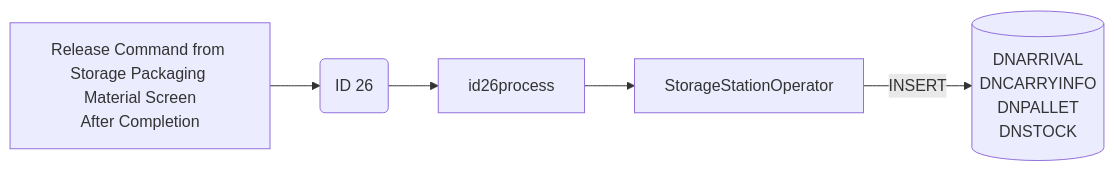
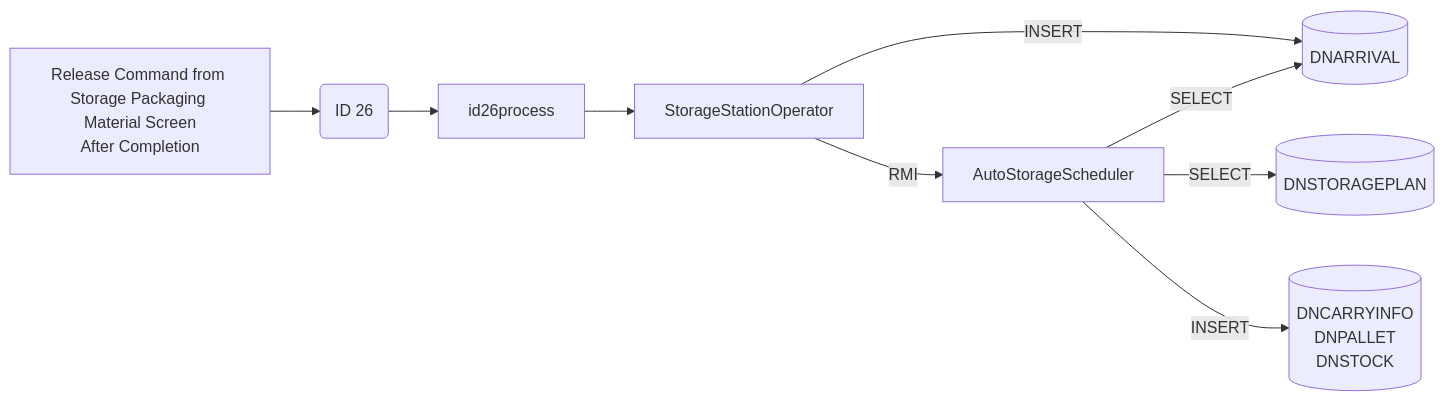
One commit to luthfiadityaa/SimeDarby-Wiki changed the third of 11 diagrams in Basic-Design/DFD-WMS/Storage/Planned-Storage-Packaging-Material.md. Above: the diagram before and after it, drawn with Mermaid.

Commit message:
Updated Planned Storage Packaging Material

```diff
--- a/Basic-Design/DFD-WMS/Storage/Planned-Storage-Packaging-Material.md
+++ b/Basic-Design/DFD-WMS/Storage/Planned-Storage-Packaging-Material.md
@@ -189,24 +189,35 @@
 ::: mermaid
 flowchart LR
 
 releaseCommand["
 Release Command from Storage Packaging Material Screen
 After Completion 
 "]
 
 id26msg("
 ID 26
 ")
 
 id26-insert[("
 DNARRIVAL
+")]
+
+carry-insert[("
 DNCARRYINFO
 DNPALLET
 DNSTOCK
 ")]
 
-StorageStationOperator[StorageStationOperator]
+plan-select[("
+DNSTORAGEPLAN
+")]
 
-releaseCommand-->id26msg-->id26process-->StorageStationOperator
-StorageStationOperator--> |INSERT| id26-insert
+operator[StorageStationOperator]
+scheduler[AutoStorageScheduler]
+
+releaseCommand-->id26msg-->id26process-->operator--RMI-->scheduler
+operator--> |INSERT| id26-insert
+scheduler--> |SELECT| id26-insert
+scheduler--> |SELECT| plan-select
+scheduler--> |INSERT| carry-insert
 :::
```
